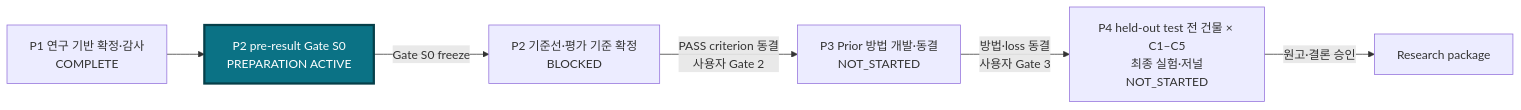
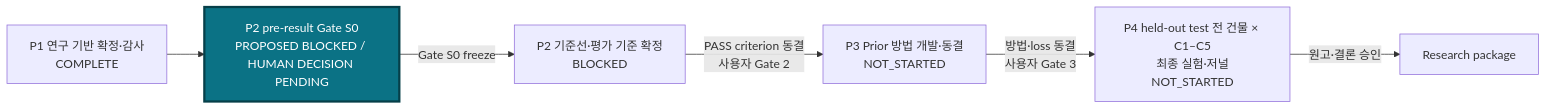
One commit to hwiyoung/JointBuildGS changed the first of 3 diagrams in docs/research/01_MASTER_ROADMAP.md. Above: the diagram before and after it, drawn with Mermaid. The commit also changed other lines of this file and 7 other files, not shown here.

Commit message:
P2-GATE-S0-WORK-REVIEW: integrate blocked evidence

````diff
--- a/docs/research/01_MASTER_ROADMAP.md
+++ b/docs/research/01_MASTER_ROADMAP.md
@@ -39,10 +39,10 @@
 ```mermaid
 flowchart LR
-    P1["P1 연구 기반 확정·감사<br/>COMPLETE"] --> S0["P2 pre-result Gate S0<br/>PREPARATION ACTIVE"]
+    P1["P1 연구 기반 확정·감사<br/>COMPLETE"] --> S0["P2 pre-result Gate S0<br/>PROPOSED BLOCKED / HUMAN DECISION PENDING"]
     S0 -->|Gate S0 freeze| P2["P2 기준선·평가 기준 확정<br/>BLOCKED"]
     P2 -->|PASS criterion 동결<br/>사용자 Gate 2| P3["P3 Prior 방법 개발·동결<br/>NOT_STARTED"]
     P3 -->|방법·loss 동결<br/>사용자 Gate 3| P4["P4 held-out test 전 건물 × C1–C5<br/>최종 실험·저널<br/>NOT_STARTED"]
     P4 -->|원고·결론 승인| END["Research package"]
     classDef active fill:#0b7285,color:#fff,stroke:#063f49,stroke-width:3px;
     class S0 active;
 ```
````
